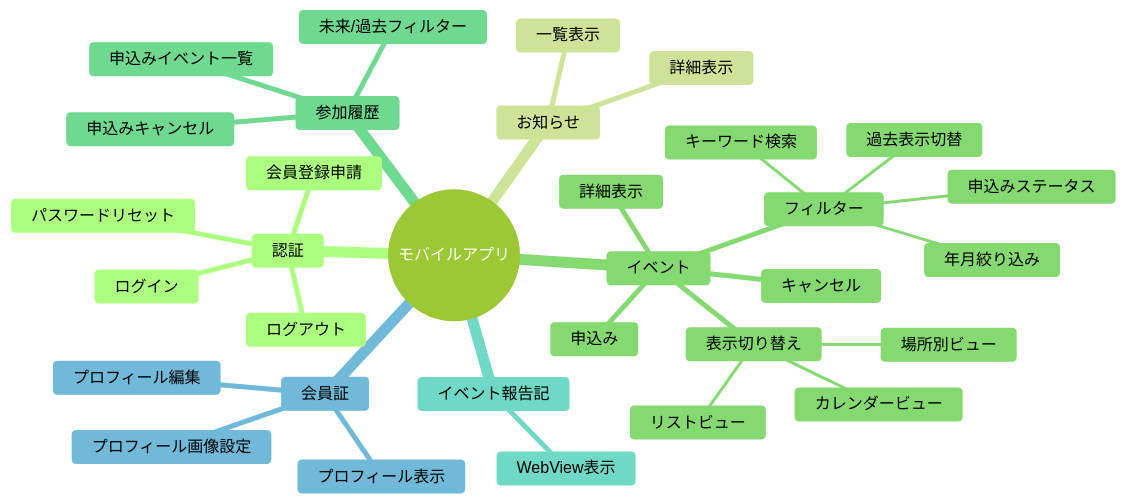
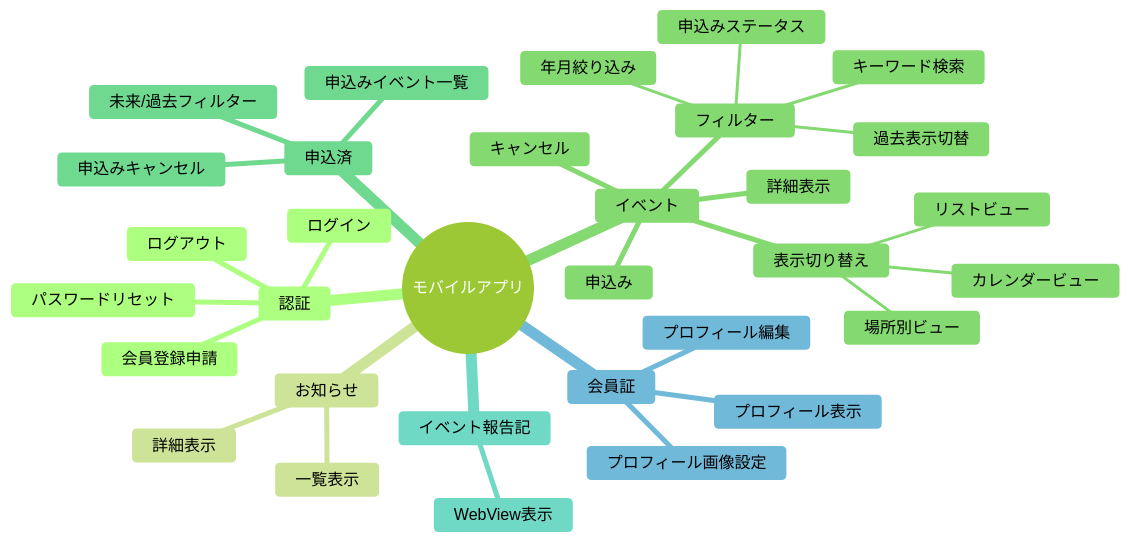
The fourth of 12 diagrams in event-app-design.md (mackey55555/ceo_club_app), drawn with Mermaid (forest theme) before and after one commit. The commit also changed other lines of this file and 24 other files, not shown here.

````diff
--- a/event-app-design.md
+++ b/event-app-design.md
@@ -196,35 +196,35 @@
 ```mermaid
 mindmap
   root((モバイルアプリ))
     認証
       ログイン
       会員登録申請
       パスワードリセット
       ログアウト
     お知らせ
       一覧表示
       詳細表示
     イベント
       表示切り替え
         リストビュー
         カレンダービュー
         場所別ビュー
       フィルター
         年月絞り込み
         過去表示切替
         申込みステータス
         キーワード検索
       詳細表示
       申込み
       キャンセル
-    参加履歴
+    申込済
       申込みイベント一覧
       未来/過去フィルター
       申込みキャンセル
     イベント報告記
       WebView表示
     会員証
       プロフィール表示
       プロフィール編集
       プロフィール画像設定
 ```
````
